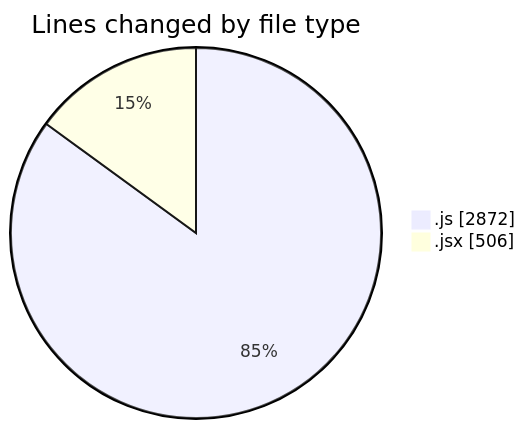
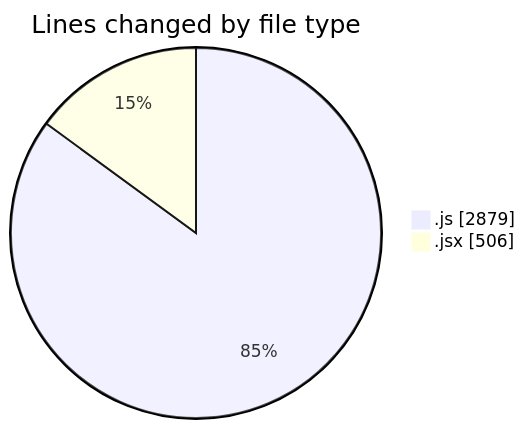
The first of 2 diagrams in 2025-07-27/nxtqube_webapp/README.md (nxtqubesakshisongat/code-tracking), drawn with Mermaid before and after one commit. The commit also changed other lines of this file and 1 other file, not shown here.

````diff
--- a/2025-07-27/nxtqube_webapp/README.md
+++ b/2025-07-27/nxtqube_webapp/README.md
@@ -27,6 +27,6 @@
 ```mermaid
 pie showData
 title Lines changed by file type
-".js" : 2872
+".js" : 2879
 ".jsx" : 506
 ```
````
